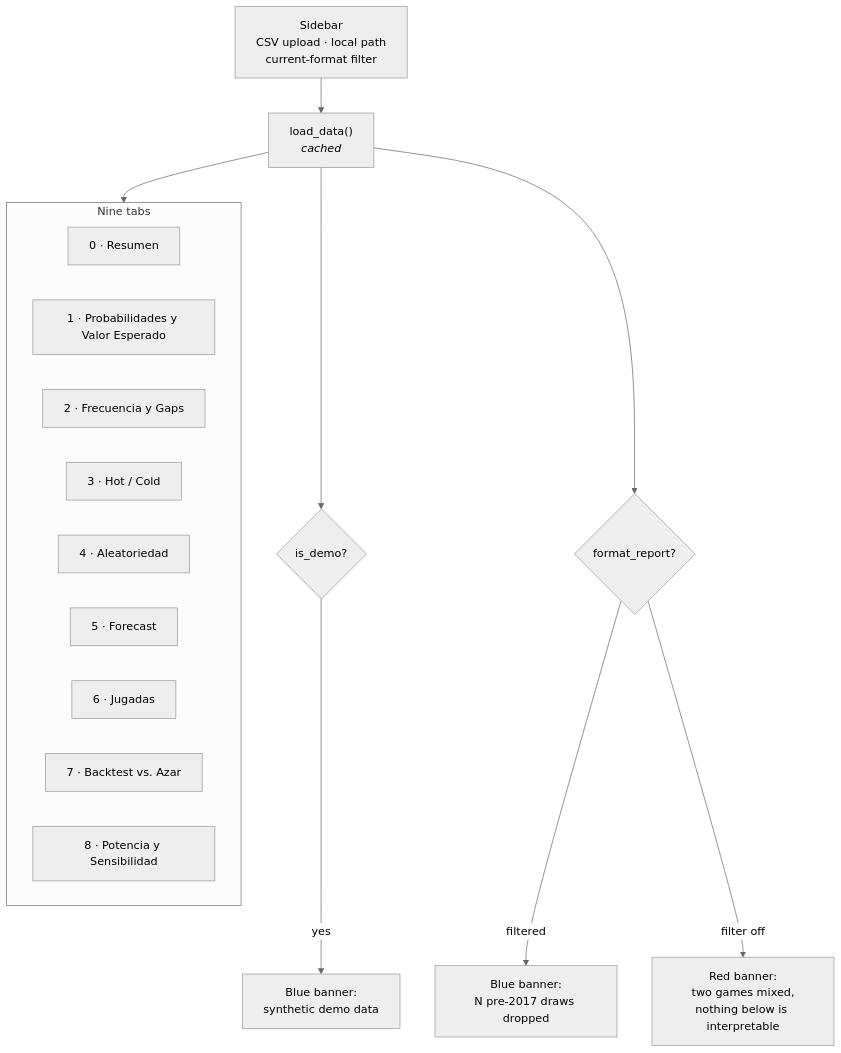
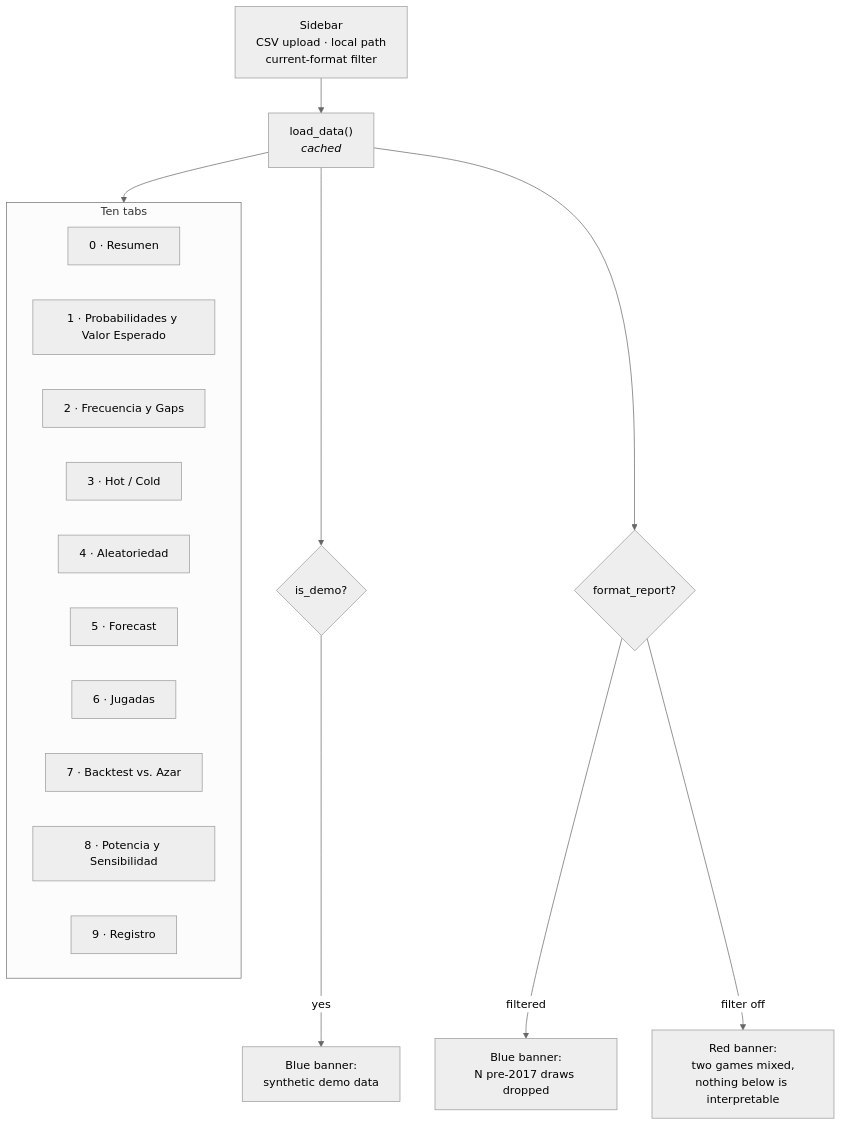
Before and after one commit to andresfelipe9619/prophet-playground: the diagram in docs/dashboard.md, drawn with Mermaid (neutral theme). The commit also changed other lines of this file and 9 other files, not shown here.

````diff
--- a/docs/dashboard.md
+++ b/docs/dashboard.md
@@ -10,22 +10,23 @@
 ```mermaid
 flowchart TD
     SIDE["Sidebar<br/>CSV upload · local path<br/>current-format filter"] --> LOAD["load_data()<br/><i>cached</i>"]
     LOAD --> BANNER{"is_demo?"}
     BANNER -->|"yes"| INFO["Blue banner:<br/>synthetic demo data"]
     LOAD --> FMT{"format_report?"}
     FMT -->|"filtered"| DROP["Blue banner:<br/>N pre-2017 draws dropped"]
     FMT -->|"filter off"| MIX["Red banner:<br/>two games mixed,<br/>nothing below is interpretable"]
     LOAD --> T
 
-    subgraph T["Nine tabs"]
+    subgraph T["Ten tabs"]
         T0["0 · Resumen"]
         T1["1 · Probabilidades y Valor Esperado"]
         T2["2 · Frecuencia y Gaps"]
         T3["3 · Hot / Cold"]
         T4["4 · Aleatoriedad"]
         T5["5 · Forecast"]
         T6["6 · Jugadas"]
         T7["7 · Backtest vs. Azar"]
         T8["8 · Potencia y Sensibilidad"]
+        T9["9 · Registro"]
     end
 ```
````
